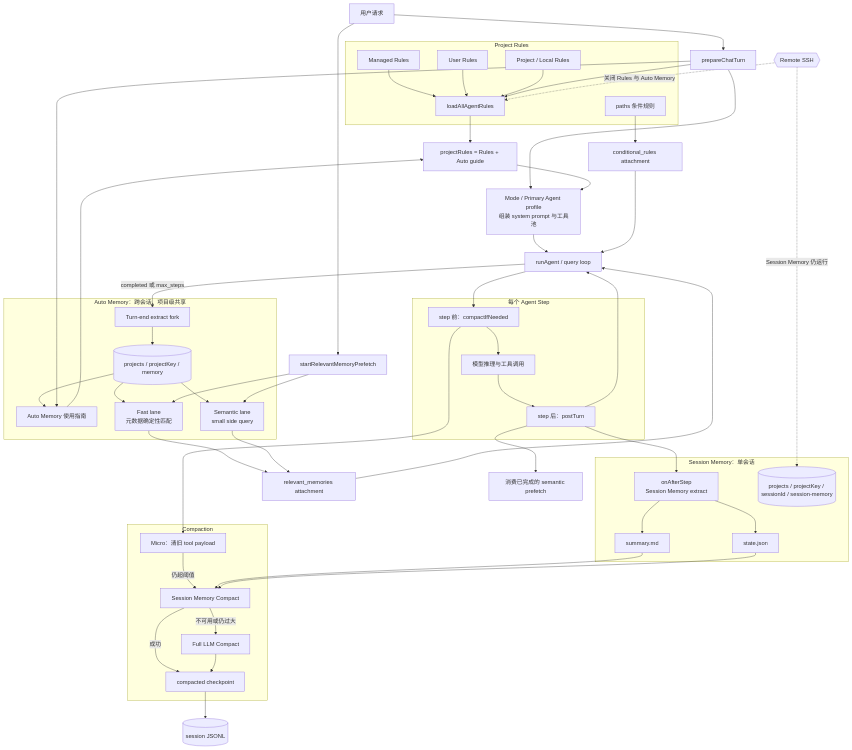
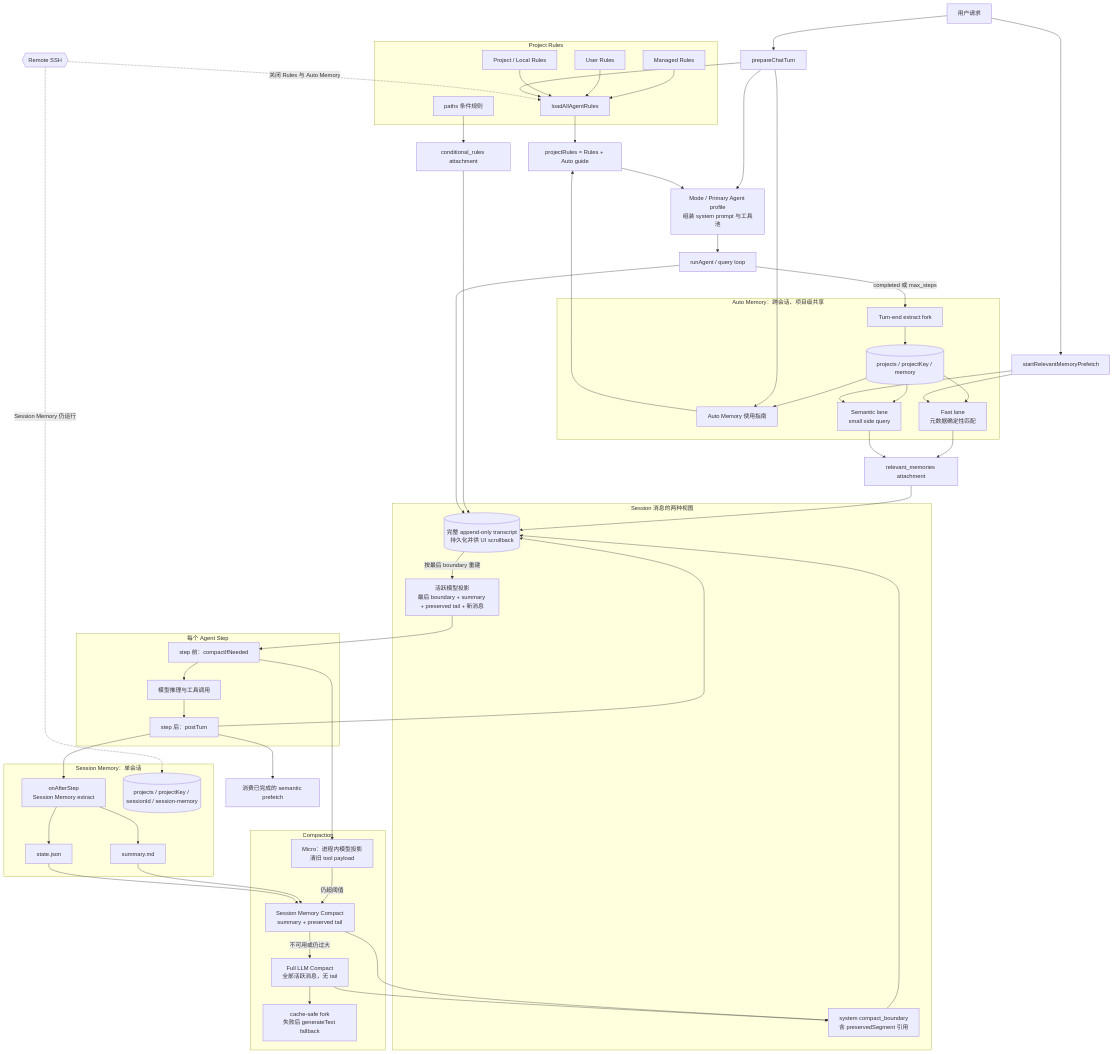
The diagram in docs/dev/memory/agent-memory-guide.md (LiuHarry1/ai_coding_agent_intro), drawn with Mermaid before and after one commit. The commit also changed other lines of this file and 30 other files, not shown here.

```diff
--- a/docs/dev/memory/agent-memory-guide.md
+++ b/docs/dev/memory/agent-memory-guide.md
@@ -64,9 +64,17 @@
   SEM --> ATTACH
 
   PROFILE --> LOOP["runAgent / query loop"]
-  ATTACH --> LOOP
+  ATTACH --> TRANSCRIPT
   CR --> CATTACH["conditional_rules attachment"]
-  CATTACH --> LOOP
+  CATTACH --> TRANSCRIPT
+
+  subgraph HISTORY["Session 消息的两种视图"]
+    TRANSCRIPT[("完整 append-only transcript<br/>持久化并供 UI scrollback")]
+    BOUNDARY["system compact_boundary<br/>含 preservedSegment 引用"]
+    PROJECT["活跃模型投影<br/>最后 boundary + summary + preserved tail + 新消息"]
+    TRANSCRIPT -->|"按最后 boundary 重建"| PROJECT
+    BOUNDARY --> TRANSCRIPT
+  end
 
   subgraph STEP["每个 Agent Step"]
     BEFORE["step 前：compactIfNeeded"]
@@ -75,8 +83,9 @@
     BEFORE --> MODEL --> AFTER
   end
 
-  LOOP --> BEFORE
-  AFTER --> LOOP
+  LOOP --> TRANSCRIPT
+  PROJECT --> BEFORE
+  AFTER --> TRANSCRIPT
   AFTER --> LATE["消费已完成的 semantic prefetch"]
   AFTER --> SMEX["onAfterStep<br/>Session Memory extract"]
 
@@ -89,20 +98,20 @@
   end
 
   subgraph COMPACT["Compaction"]
-    MICRO["Micro：清旧 tool payload"]
-    SMC["Session Memory Compact"]
-    FULL["Full LLM Compact"]
-    CHECK["compacted checkpoint"]
+    MICRO["Micro：进程内模型投影<br/>清旧 tool payload"]
+    SMC["Session Memory Compact<br/>summary + preserved tail"]
+    FULL["Full LLM Compact<br/>全部活跃消息，无 tail"]
+    FALLBACK["cache-safe fork<br/>失败后 generateText fallback"]
     BEFORE --> MICRO
     MICRO -->|"仍超阈值"| SMC
     SUMMARY --> SMC
     STATE --> SMC
     SMC -->|"不可用或仍过大"| FULL
-    SMC -->|"成功"| CHECK
-    FULL --> CHECK
+    FULL --> FALLBACK
+    SMC --> BOUNDARY
+    FULL --> BOUNDARY
   end
 
-  CHECK --> JSONL[("session JSONL")]
   LOOP -->|"completed 或 max_steps"| END
 
   REMOTE{{"Remote SSH"}} -.->|"关闭 Rules 与 Auto Memory"| ALL
```
